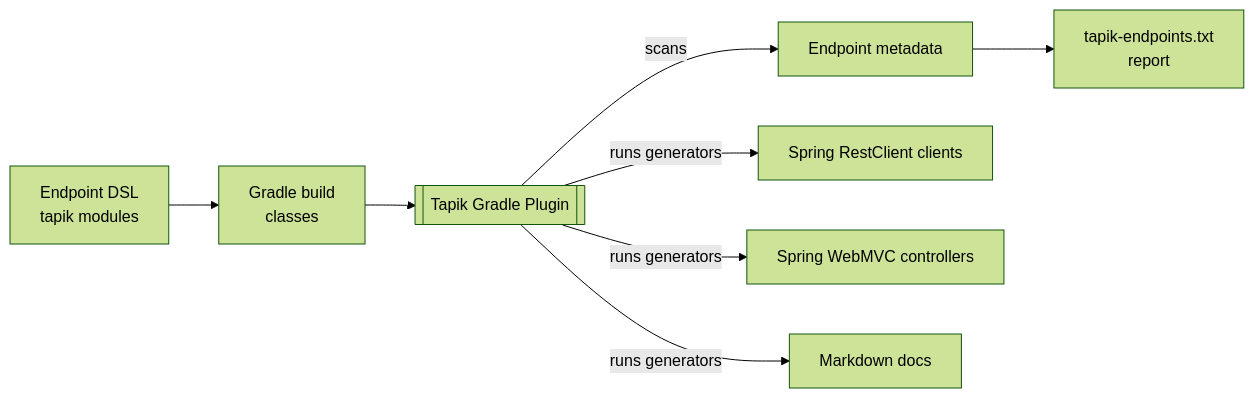
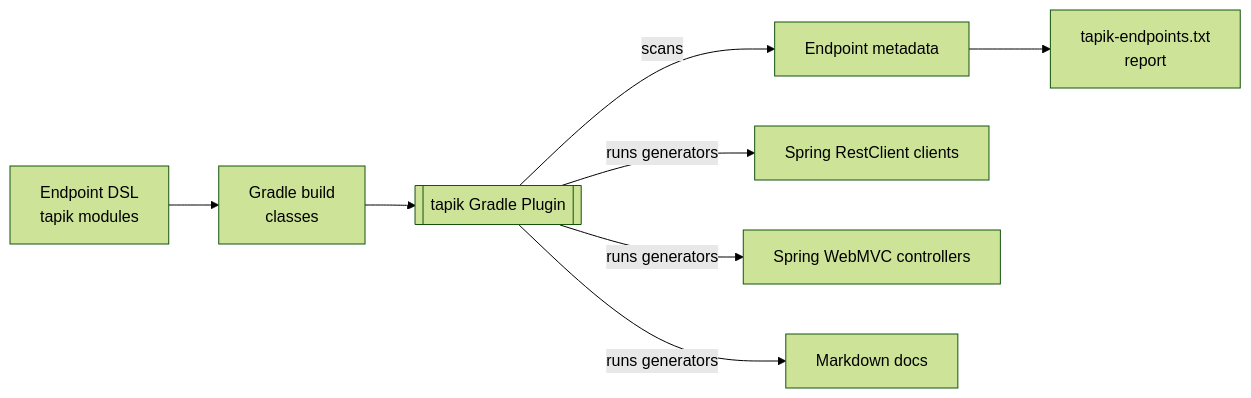
Before and after one commit to makiftutuncu/tapik: the diagram in docs/index.md, drawn with Mermaid (forest theme). The commit also changed other lines of this file and 14 other files, not shown here.

````diff
--- a/docs/index.md
+++ b/docs/index.md
@@ -5,10 +5,10 @@
 ```mermaid
 flowchart LR
     A[Endpoint DSL<br/>tapik modules] --> B[Gradle build<br/>classes]
-    B --> C[[Tapik Gradle Plugin]]
+    B --> C[[tapik Gradle Plugin]]
     C -->|scans| D[Endpoint metadata]
     C -->|runs generators| E[Spring RestClient clients]
     C -->|runs generators| F[Spring WebMVC controllers]
     C -->|runs generators| G[Markdown docs]
     D --> H[tapik-endpoints.txt<br/>report]
 ```
````
